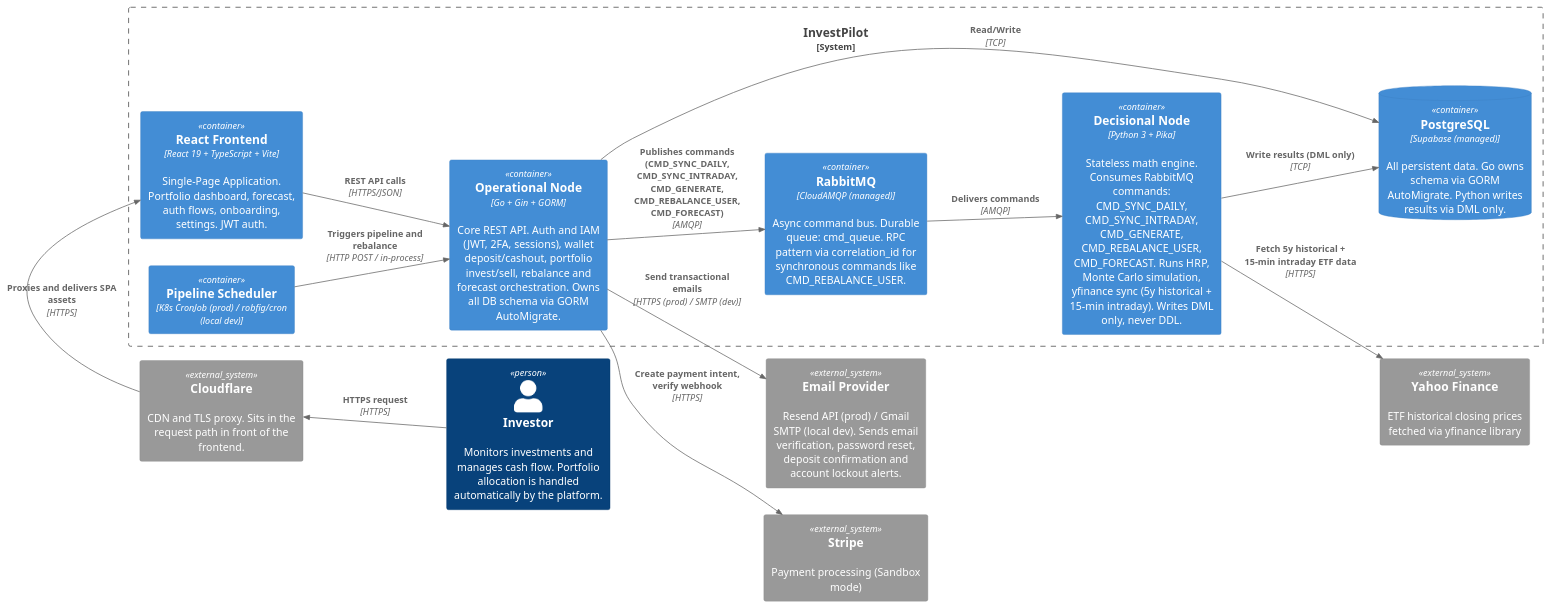
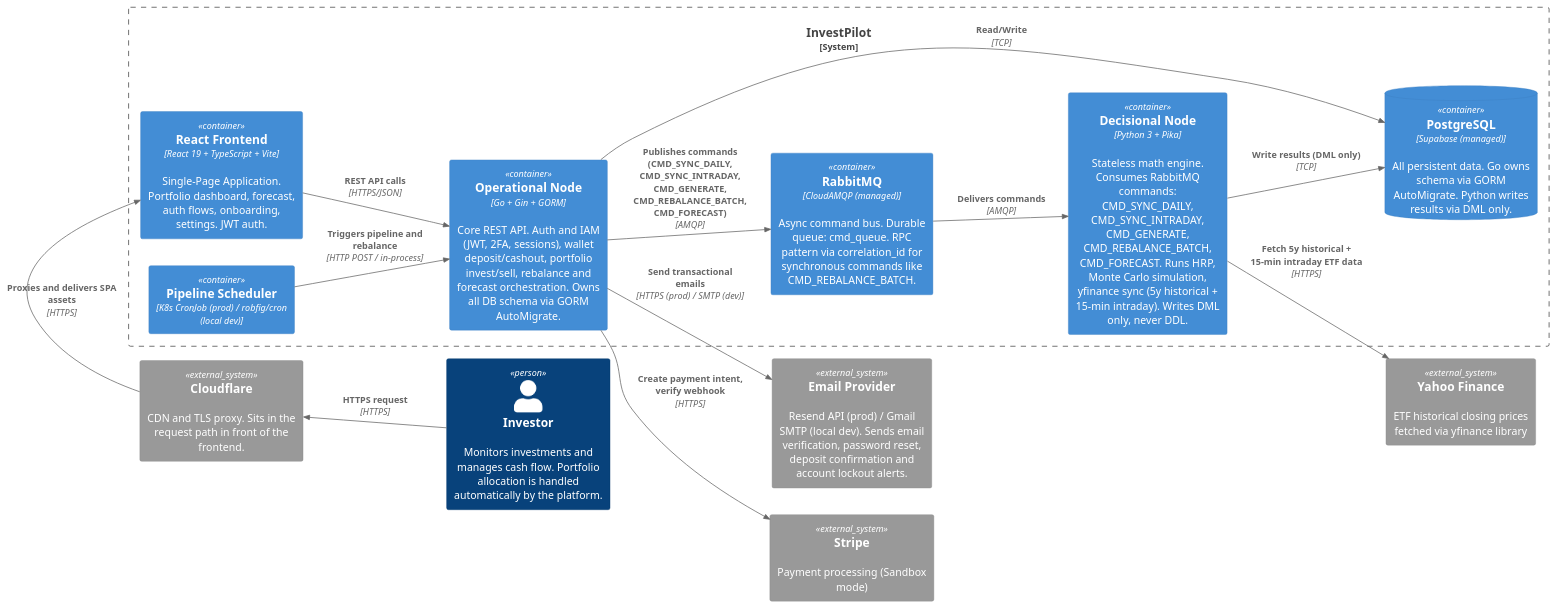
One commit to andreiOpran/InvestPilot changed the diagram in docs/diagrams/c4-container.puml. Above: the diagram before and after it, drawn with PlantUML. The commit also changed 2 other files, not shown here.

Commit message:
[FIX] monitoring drop unused metrics to cut Grafana Cloud cardinality

```diff
--- a/docs/diagrams/c4-container.puml
+++ b/docs/diagrams/c4-container.puml
@@ -1,43 +1,43 @@
 @startuml InvestPilot-C4-L2
 !include https://raw.githubusercontent.com/plantuml-stdlib/C4-PlantUML/master/C4_Container.puml
 
 LAYOUT_LANDSCAPE()
 
 Person(investor, "Investor", "Monitors investments and manages cash flow. Portfolio allocation is handled automatically by the platform.")
 
 System_Ext(cloudflare, "Cloudflare", "CDN and TLS proxy. Sits in the request path in front of the frontend.")
 System_Ext(stripe, "Stripe", "Payment processing (Sandbox mode)")
 System_Ext(yfinance, "Yahoo Finance", "ETF historical closing prices fetched via yfinance library")
 System_Ext(mailer, "Email Provider", "Resend API (prod) / Gmail SMTP (local dev). Sends email verification, password reset, deposit confirmation and account lockout alerts.")
 
 System_Boundary(investpilot, "InvestPilot") {
 
     Container(spa, "React Frontend", "React 19 + TypeScript + Vite", "Single-Page Application. Portfolio dashboard, forecast, auth flows, onboarding, settings. JWT auth.")
 
     Container(operational, "Operational Node", "Go + Gin + GORM", "Core REST API. Auth and IAM (JWT, 2FA, sessions), wallet deposit/cashout, portfolio invest/sell, rebalance and forecast orchestration. Owns all DB schema via GORM AutoMigrate.")
 
-    Container(decisional, "Decisional Node", "Python 3 + Pika", "Stateless math engine. Consumes RabbitMQ commands: CMD_SYNC_DAILY, CMD_SYNC_INTRADAY, CMD_GENERATE, CMD_REBALANCE_USER, CMD_FORECAST. Runs HRP, Monte Carlo simulation, yfinance sync (5y historical + 15-min intraday). Writes DML only, never DDL.")
+    Container(decisional, "Decisional Node", "Python 3 + Pika", "Stateless math engine. Consumes RabbitMQ commands: CMD_SYNC_DAILY, CMD_SYNC_INTRADAY, CMD_GENERATE, CMD_REBALANCE_BATCH, CMD_FORECAST. Runs HRP, Monte Carlo simulation, yfinance sync (5y historical + 15-min intraday). Writes DML only, never DDL.")
 
     Container(scheduler, "Pipeline Scheduler", "K8s CronJob (prod) / robfig/cron (local dev)")
 
-    Container(rabbitmq, "RabbitMQ", "CloudAMQP (managed)", "Async command bus. Durable queue: cmd_queue. RPC pattern via correlation_id for synchronous commands like CMD_REBALANCE_USER.")
+    Container(rabbitmq, "RabbitMQ", "CloudAMQP (managed)", "Async command bus. Durable queue: cmd_queue. RPC pattern via correlation_id for synchronous commands like CMD_REBALANCE_BATCH.")
 
     ContainerDb(postgres, "PostgreSQL", "Supabase (managed)", "All persistent data. Go owns schema via GORM AutoMigrate. Python writes results via DML only.")
 }
 
 ' Relationships
 Rel_L(investor, cloudflare, "HTTPS request", "HTTPS")
 Rel_U(cloudflare, spa, "Proxies and delivers SPA assets", "HTTPS")
 Rel(spa, operational, "REST API calls", "HTTPS/JSON")
-Rel(operational, rabbitmq, "Publishes commands (CMD_SYNC_DAILY, CMD_SYNC_INTRADAY, CMD_GENERATE, CMD_REBALANCE_USER, CMD_FORECAST)", "AMQP")
+Rel(operational, rabbitmq, "Publishes commands (CMD_SYNC_DAILY, CMD_SYNC_INTRADAY, CMD_GENERATE, CMD_REBALANCE_BATCH, CMD_FORECAST)", "AMQP")
 Rel(rabbitmq, decisional, "Delivers commands", "AMQP")
 Rel(scheduler, operational, "Triggers pipeline and rebalance", "HTTP POST / in-process")
 Rel(operational, postgres, "Read/Write", "TCP")
 Rel(decisional, postgres, "Write results (DML only)", "TCP")
 Rel(operational, stripe, "Create payment intent, verify webhook", "HTTPS")
 Rel(decisional, yfinance, "Fetch 5y historical + 15-min intraday ETF data", "HTTPS")
 Rel(operational, mailer, "Send transactional emails", "HTTPS (prod) / SMTP (dev)")
 
 Lay_R(mailer, stripe)
 
 @enduml
```
